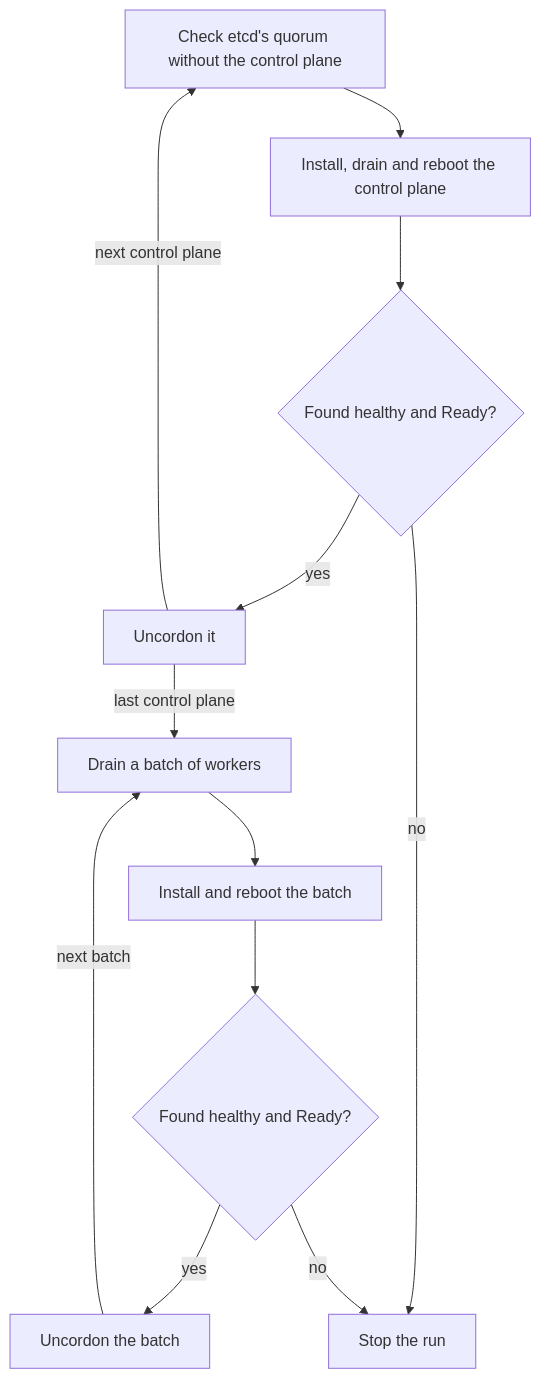
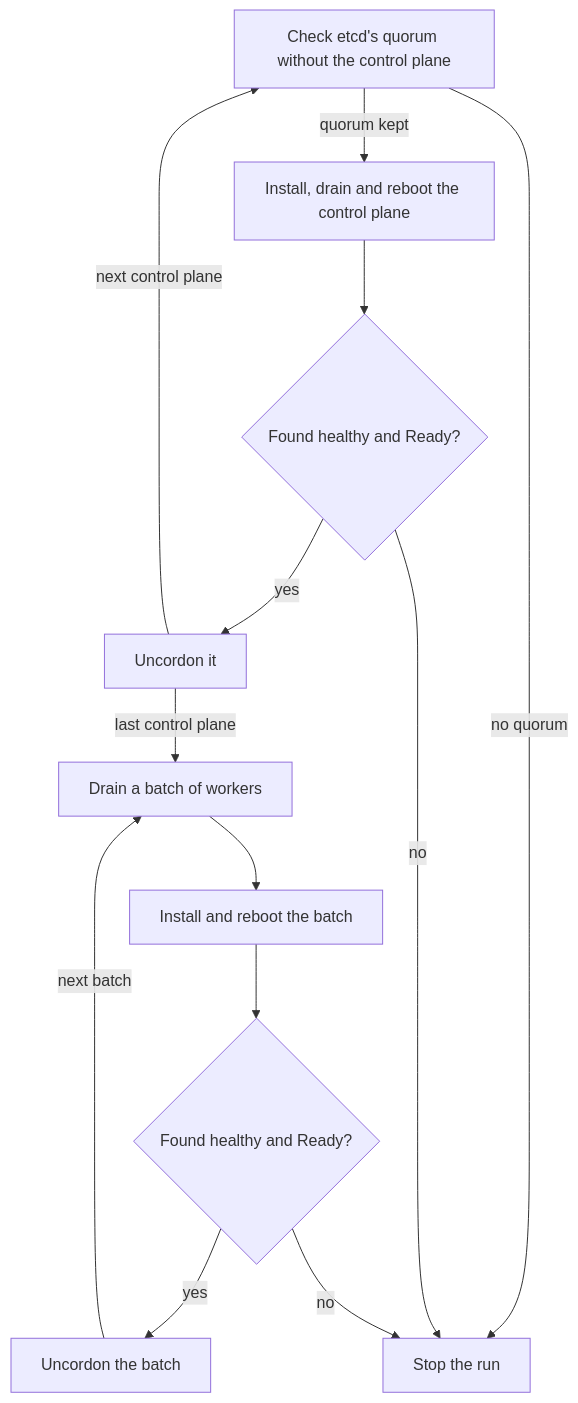
One commit to trevex/chalkos changed the diagram in docs/kubernetes/upgrade-kubernetes.md. Above: the diagram before and after it, drawn with Mermaid. The commit also changed other lines of this file and 12 other files, not shown here.

````diff
--- a/docs/kubernetes/upgrade-kubernetes.md
+++ b/docs/kubernetes/upgrade-kubernetes.md
@@ -70,14 +70,15 @@
 ```mermaid
 flowchart TD
-    guard["Check etcd's quorum without the control plane"] --> cp["Install, drain and reboot the control plane"]
+    guard["Check etcd's quorum without the control plane"] -->|quorum kept| cp["Install, drain and reboot the control plane"]
     cp --> healthy{"Found healthy and Ready?"}
     healthy -->|yes| uncordon["Uncordon it"]
     uncordon -->|next control plane| guard
     uncordon -->|last control plane| batch["Drain a batch of workers"]
     batch --> install["Install and reboot the batch"]
     install --> ready{"Found healthy and Ready?"}
     ready -->|yes| next["Uncordon the batch"]
     next -->|next batch| batch
-    healthy -->|no| stop["Stop the run"]
+    guard -->|no quorum| stop["Stop the run"]
+    healthy -->|no| stop
     ready -->|no| stop
 ```
````
